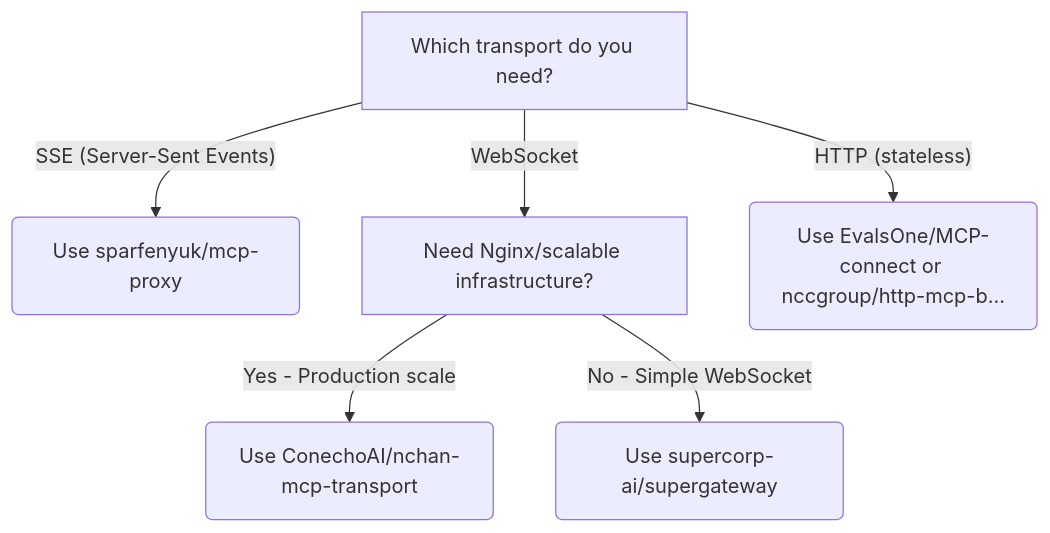
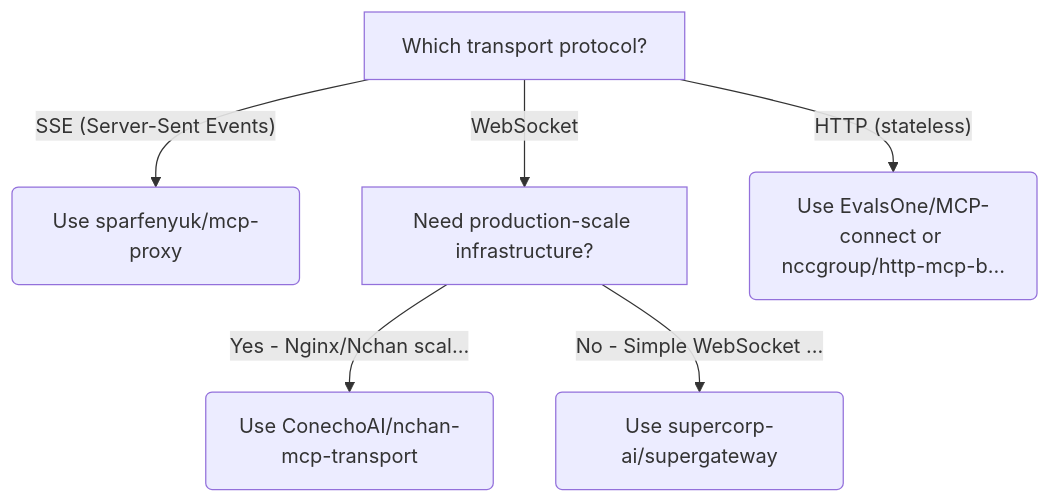
The fourth of 10 diagrams in comparisons/decision-tree.md (kb4ai/mcp-client-tools-comparison-pub-kb), drawn with Mermaid before and after one commit. The commit also changed other lines of this file and 4 other files, not shown here.

````diff
--- a/comparisons/decision-tree.md
+++ b/comparisons/decision-tree.md
@@ -83,16 +103,16 @@
 ```mermaid
 %% Subtree: Transport Bridge - stdio ↔ HTTP/SSE/WebSocket
 
 flowchart TD
-    mcp_tool_chooser_2["Which transport do you need?"]
+    mcp_tool_chooser_2["Which transport protocol?"]
     mcp_tool_chooser_2 -->|"SSE (Server-Sent Events)"| mcp_tool_chooser_2_0
     mcp_tool_chooser_2_0("Use sparfenyuk/mcp-proxy")
     mcp_tool_chooser_2 -->|"WebSocket"| mcp_tool_chooser_2_1
-    mcp_tool_chooser_2_1["Need Nginx/scalable infrastructure?"]
-    mcp_tool_chooser_2_1 -->|"Yes - Production scale"| mcp_tool_chooser_2_1_0
+    mcp_tool_chooser_2_1["Need production-scale infrastructure?"]
+    mcp_tool_chooser_2_1 -->|"Yes - Nginx/Nchan scal..."| mcp_tool_chooser_2_1_0
     mcp_tool_chooser_2_1_0("Use ConechoAI/nchan-mcp-transport")
-    mcp_tool_chooser_2_1 -->|"No - Simple WebSocket"| mcp_tool_chooser_2_1_1
+    mcp_tool_chooser_2_1 -->|"No - Simple WebSocket ..."| mcp_tool_chooser_2_1_1
     mcp_tool_chooser_2_1_1("Use supercorp-ai/supergateway")
     mcp_tool_chooser_2 -->|"HTTP (stateless)"| mcp_tool_chooser_2_2
     mcp_tool_chooser_2_2("Use EvalsOne/MCP-connect or nccgroup/http-mcp-b...")
 ```
````
